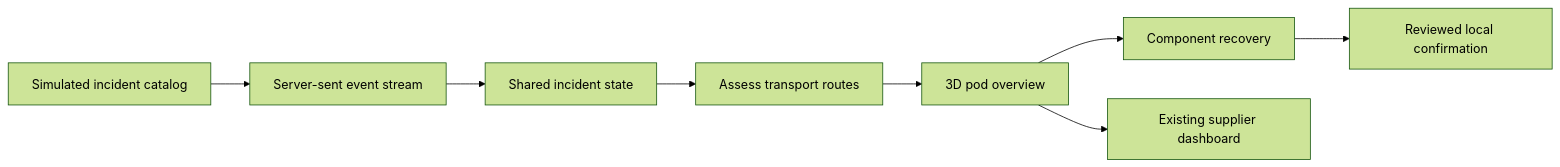
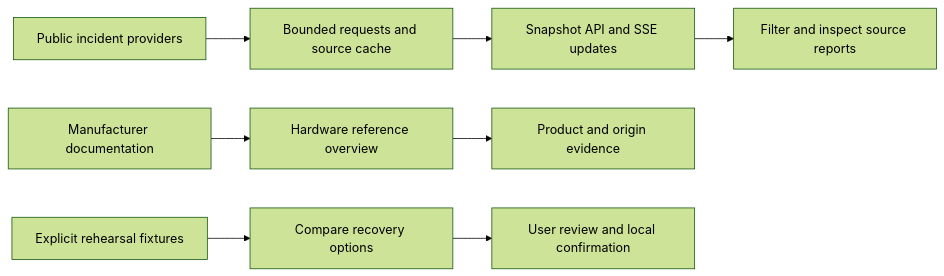
Before and after one commit to Sy-D/openai-devday-hackathon-oct-berlin: the diagram in README.md, drawn with Mermaid (forest theme). The commit also changed other lines of this file and 36 other files, not shown here.

Commit message:
Add live incident workspace and sourced hardware references

````diff
--- a/README.md
+++ b/README.md
@@ -12,10 +14,10 @@
 ```mermaid
 flowchart LR
-  Events[Simulated incident catalog] --> SSE[Server-sent event stream]
-  SSE --> State[Shared incident state]
-  State --> Routes[Assess transport routes]
-  Routes --> Model[3D pod overview]
-  Model --> Detail[Component recovery]
-  Detail --> Decision[Reviewed local confirmation]
-  Model --> Suppliers[Existing supplier dashboard]
+  Sources[Public incident providers] --> Cache[Bounded requests and source cache]
+  Cache --> SSE[Snapshot API and SSE updates]
+  SSE --> Incidents[Filter and inspect source reports]
+  Products[Manufacturer documentation] --> Model[Hardware reference overview]
+  Model --> Evidence[Product and origin evidence]
+  Fixtures[Explicit rehearsal fixtures] --> Routes[Compare recovery options]
+  Routes --> Review[User review and local confirmation]
 ```
````
